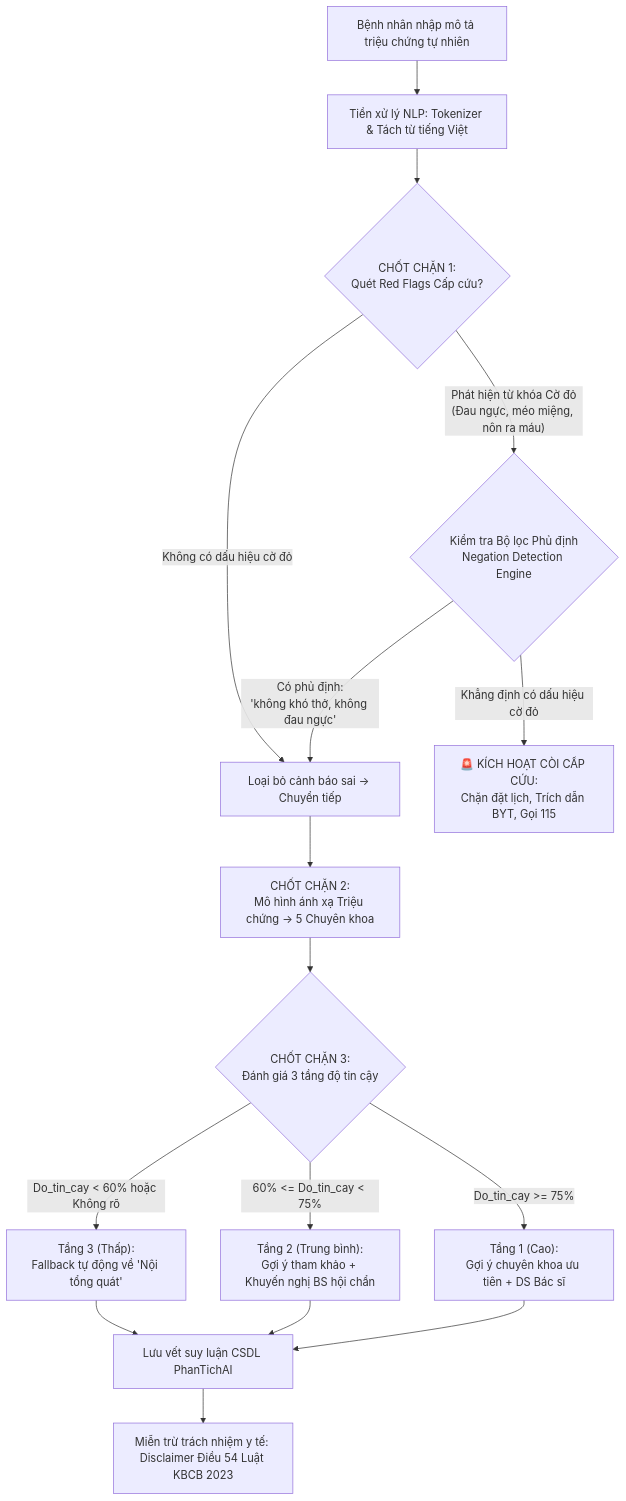
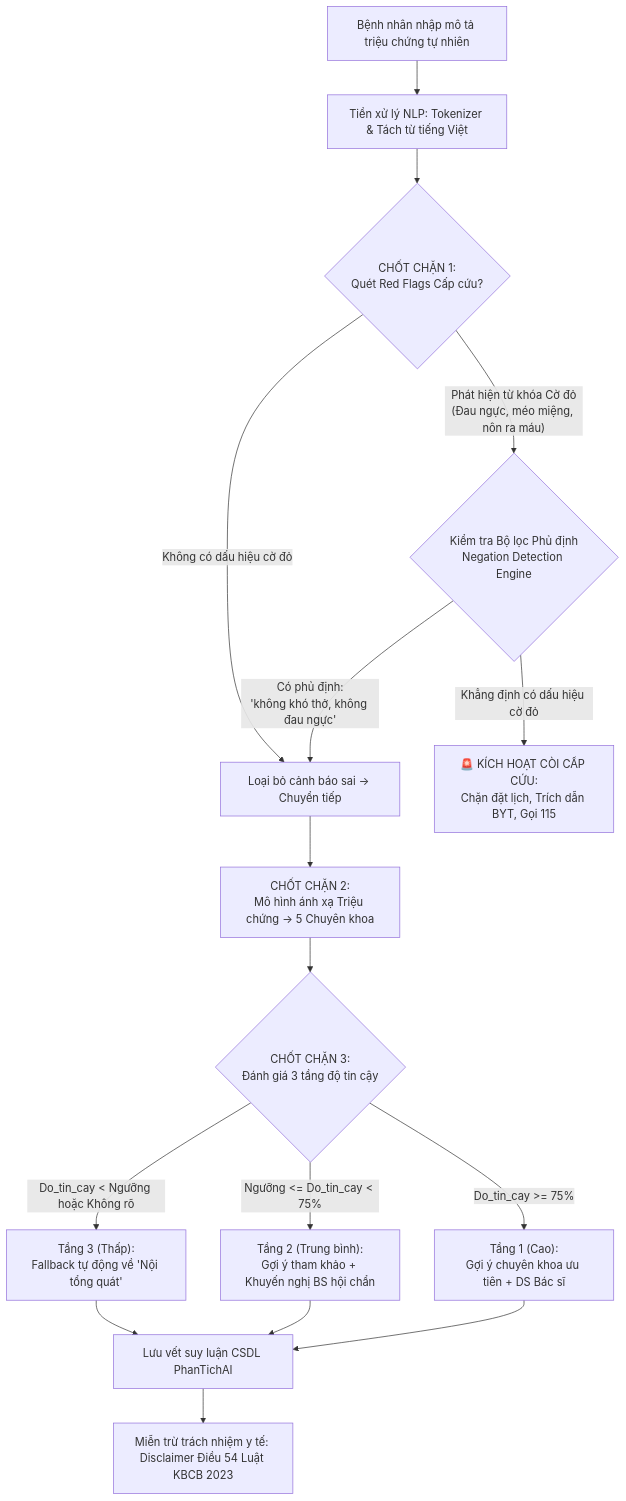
Before and after one commit to luongduyenhop/clinic-ai-booking: the second of 2 diagrams in backend/docs/MA_TRAN_TRUY_VET_NGUON_VA_THAM_CHIEU.md, drawn with Mermaid. The commit also changed other lines of this file and 20 other files, not shown here.

````diff
--- a/backend/docs/MA_TRAN_TRUY_VET_NGUON_VA_THAM_CHIEU.md
+++ b/backend/docs/MA_TRAN_TRUY_VET_NGUON_VA_THAM_CHIEU.md
@@ -174,22 +174,22 @@
 ```mermaid
 flowchart TD
     A[Bệnh nhân nhập mô tả triệu chứng tự nhiên] --> B[Tiền xử lý NLP: Tokenizer & Tách từ tiếng Việt]
     B --> C{CHỐT CHẶN 1:\nQuét Red Flags Cấp cứu?}
     
     C -- "Phát hiện từ khóa Cờ đỏ\n(Đau ngực, méo miệng, nôn ra máu)" --> D{Kiểm tra Bộ lọc Phủ định\nNegation Detection Engine}
     D -- "Có phủ định:\n'không khó thở, không đau ngực'" --> E[Loại bỏ cảnh báo sai -> Chuyển tiếp]
     D -- "Khẳng định có dấu hiệu cờ đỏ" --> F[🚨 KÍCH HOẠT CÒI CẤP CỨU:\nChặn đặt lịch, Trích dẫn BYT, Gọi 115]
     
     C -- "Không có dấu hiệu cờ đỏ" --> E
     E --> G[CHỐT CHẶN 2:\nMô hình ánh xạ Triệu chứng -> 5 Chuyên khoa]
     
     G --> H{CHỐT CHẶN 3:\nĐánh giá 3 tầng độ tin cậy}
     H -- "Do_tin_cay >= 75%" --> I["Tầng 1 (Cao):\nGợi ý chuyên khoa ưu tiên + DS Bác sĩ"]
-    H -- "60% <= Do_tin_cay < 75%" --> J["Tầng 2 (Trung bình):\nGợi ý tham khảo + Khuyến nghị BS hội chẩn"]
-    H -- "Do_tin_cay < 60% hoặc Không rõ" --> K["Tầng 3 (Thấp):\nFallback tự động về 'Nội tổng quát'"]
+    H -- "Ngưỡng <= Do_tin_cay < 75%" --> J["Tầng 2 (Trung bình):\nGợi ý tham khảo + Khuyến nghị BS hội chẩn"]
+    H -- "Do_tin_cay < Ngưỡng hoặc Không rõ" --> K["Tầng 3 (Thấp):\nFallback tự động về 'Nội tổng quát'"]
     
     I --> L[Lưu vết suy luận CSDL PhanTichAI]
     J --> L
     K --> L
     L --> M[Miễn trừ trách nhiệm y tế: Disclaimer Điều 54 Luật KBCB 2023]
 ```
````
